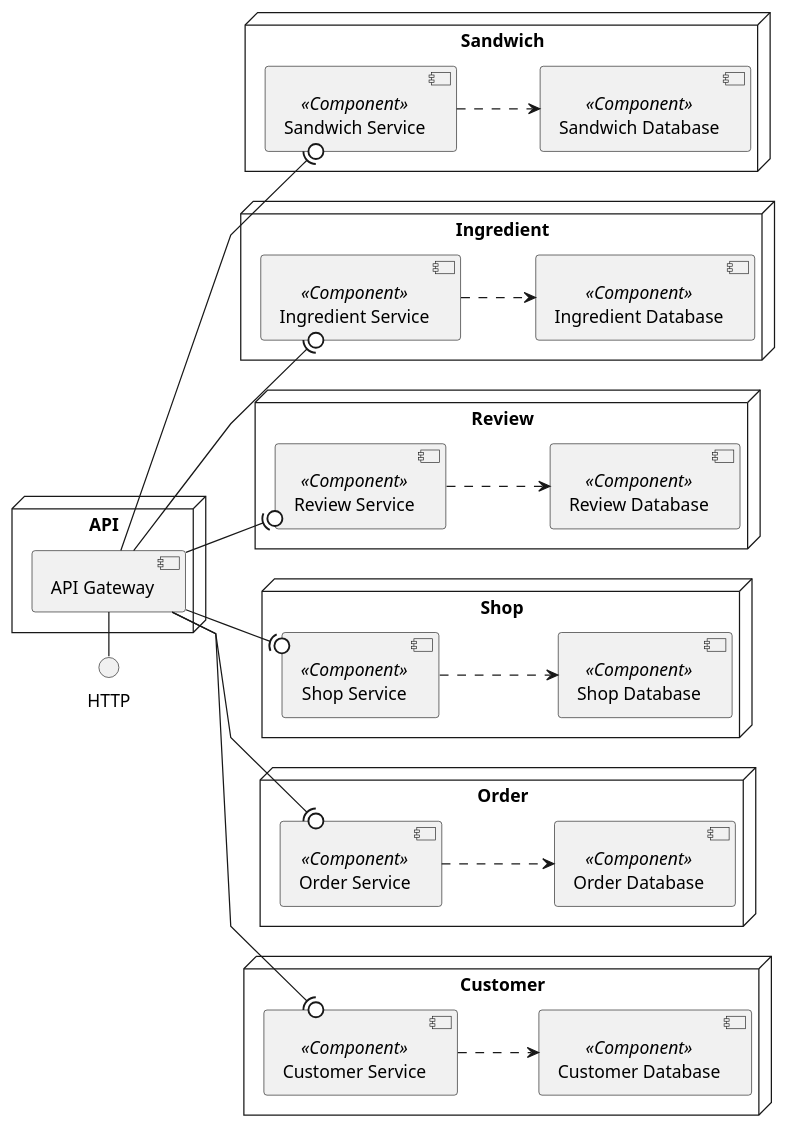
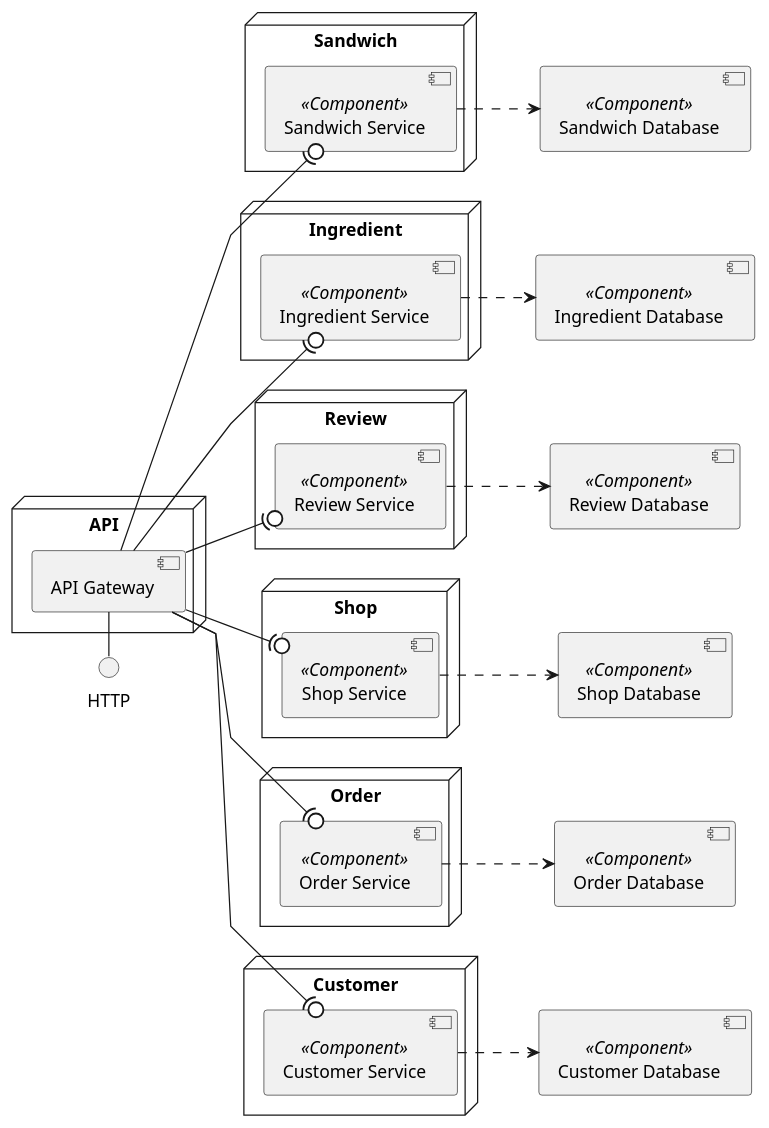
Before and after one commit to TiagoNora/ballerina-project: the diagram in design/diagramModules.puml, drawn with PlantUML. The commit also changed 7 other files, not shown here.

Commit message:
Actualization of diagrams

```diff
--- a/design/diagramModules.puml
+++ b/design/diagramModules.puml
@@ -1,59 +1,60 @@
 @startuml Diagram of Modules 
 
 left to right direction
 skinparam linetype polyline
+
+[Sandwich Database] <<Component>> as sandwichDatabase
+[Ingredient Database] <<Component>> as ingredientDatabase
+[Review Database] <<Component>> as reviewDatabase
+[Shop Database] <<Component>> as shopDatabase
+[Order Database] <<Component>> as orderDatabase
+[Customer Database] <<Component>> as customerDatabase
 
 
 node API {
     [API Gateway]
 }
 
 node Sandwich{
     [Sandwich Service] <<Component>> as sandwichService
-    [Sandwich Database] <<Component>> as sandwichDatabase
     sandwichService ..> sandwichDatabase
 }
 
 node Ingredient{
     [Ingredient Service] <<Component>> as ingredientService
-    [Ingredient Database] <<Component>> as ingredientDatabase
     ingredientService ..> ingredientDatabase
 }
 
 node Review{
     [Review Service] <<Component>> as reviewService
-    [Review Database] <<Component>> as reviewDatabase
     reviewService ..> reviewDatabase
 }
 
 node Shop{
     [Shop Service] <<Component>> as shopService
-    [Shop Database] <<Component>> as shopDatabase
     shopService ..> shopDatabase
 }
 
 node Order{
     [Order Service] <<Component>> as orderService
-    [Order Database] <<Component>> as orderDatabase
     orderService ..> orderDatabase
 }
 
 node Customer{
     [Customer Service] <<Component>> as customerService
-    [Customer Database] <<Component>> as customerDatabase
     customerService ..> customerDatabase
 }
 
 
 HTTP - [API Gateway]
 [API Gateway] --(0 sandwichService
 [API Gateway] --(0 ingredientService
 [API Gateway] --(0 reviewService
 [API Gateway] --(0 shopService
 [API Gateway] --(0 orderService
 [API Gateway] --(0 customerService
 
 
 
 
 @enduml
```
